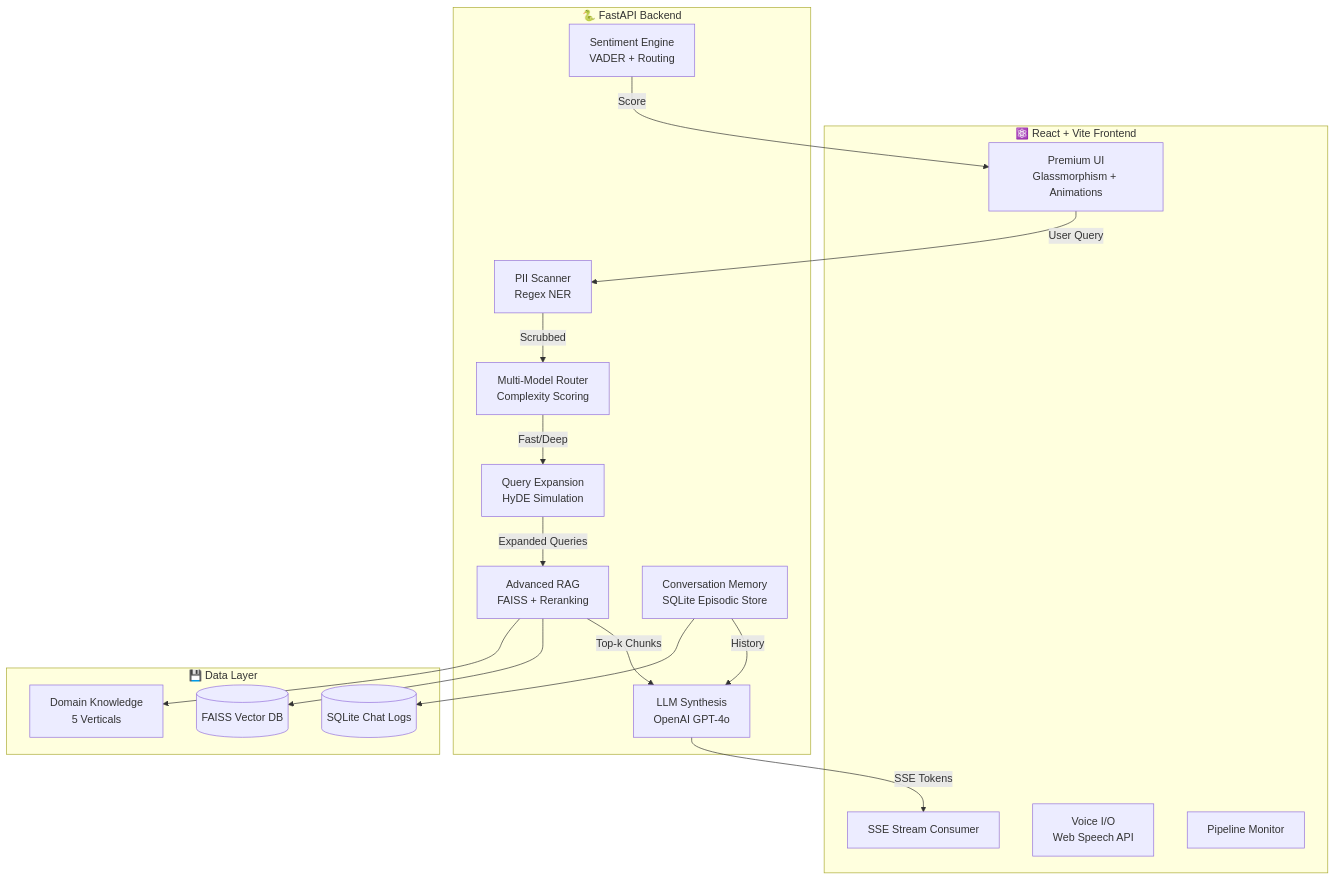
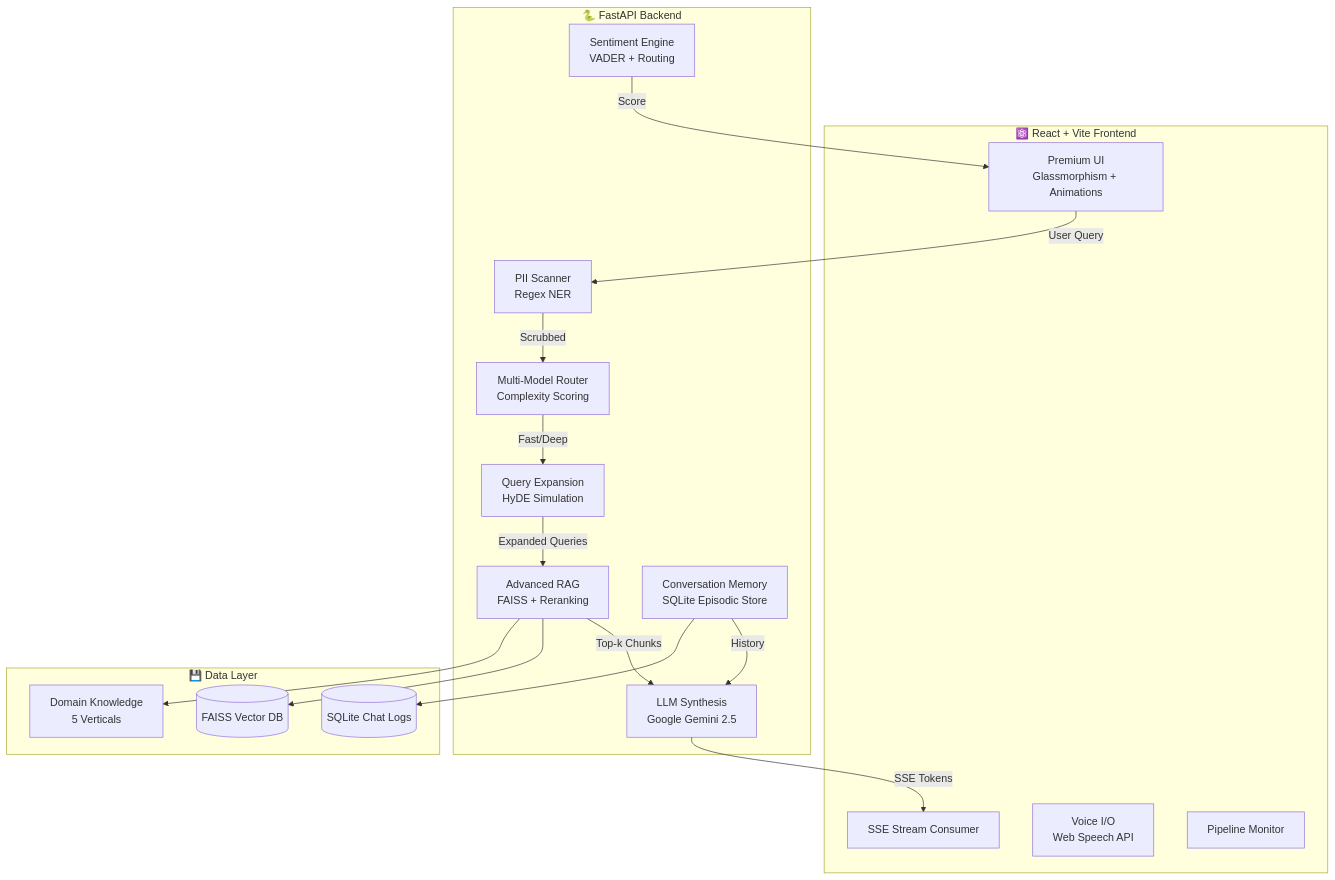
Before and after one commit to piyusz12/bhopal-project: the diagram in README.md, drawn with Mermaid. The commit also changed other lines of this file and 2 other files, not shown here.

Commit message:
docs: update README and env.example for Gemini migration

````diff
--- a/README.md
+++ b/README.md
@@ -14,37 +14,37 @@
 ```mermaid
 graph TB
     subgraph Frontend["⚛️ React + Vite Frontend"]
         UI[Premium UI<br/>Glassmorphism + Animations]
         SSE[SSE Stream Consumer]
         Voice[Voice I/O<br/>Web Speech API]
         Telemetry[Pipeline Monitor]
     end
 
     subgraph Backend["🐍 FastAPI Backend"]
         PII[PII Scanner<br/>Regex NER]
         Router[Multi-Model Router<br/>Complexity Scoring]
         QE[Query Expansion<br/>HyDE Simulation]
         RAG[Advanced RAG<br/>FAISS + Reranking]
-        LLM[LLM Synthesis<br/>OpenAI GPT-4o]
+        LLM[LLM Synthesis<br/>Google Gemini 2.5]
         Sentiment[Sentiment Engine<br/>VADER + Routing]
         Memory[Conversation Memory<br/>SQLite Episodic Store]
     end
 
     subgraph Data["💾 Data Layer"]
         FAISS[(FAISS Vector DB)]
         SQLite[(SQLite Chat Logs)]
         KB[Domain Knowledge<br/>5 Verticals]
     end
 
     UI -->|User Query| PII
     PII -->|Scrubbed| Router
     Router -->|Fast/Deep| QE
     QE -->|Expanded Queries| RAG
     RAG -->|Top-k Chunks| LLM
     LLM -->|SSE Tokens| SSE
     Sentiment -->|Score| UI
     Memory -->|History| LLM
     RAG --> FAISS
     Memory --> SQLite
     RAG --> KB
 ```
````
